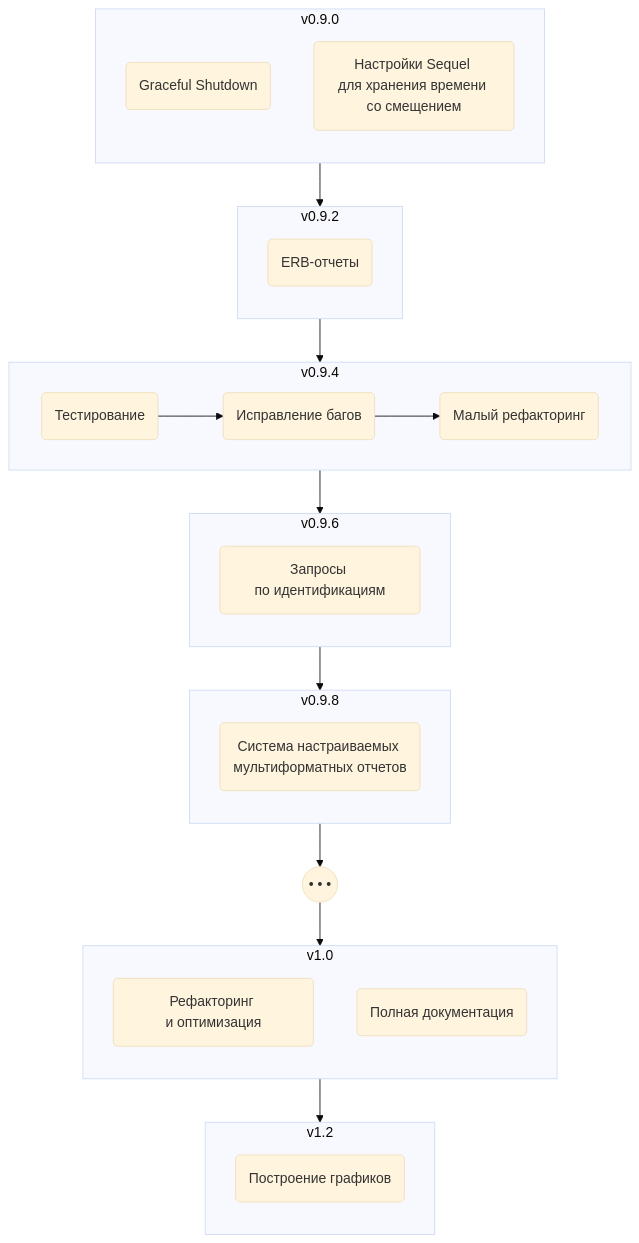
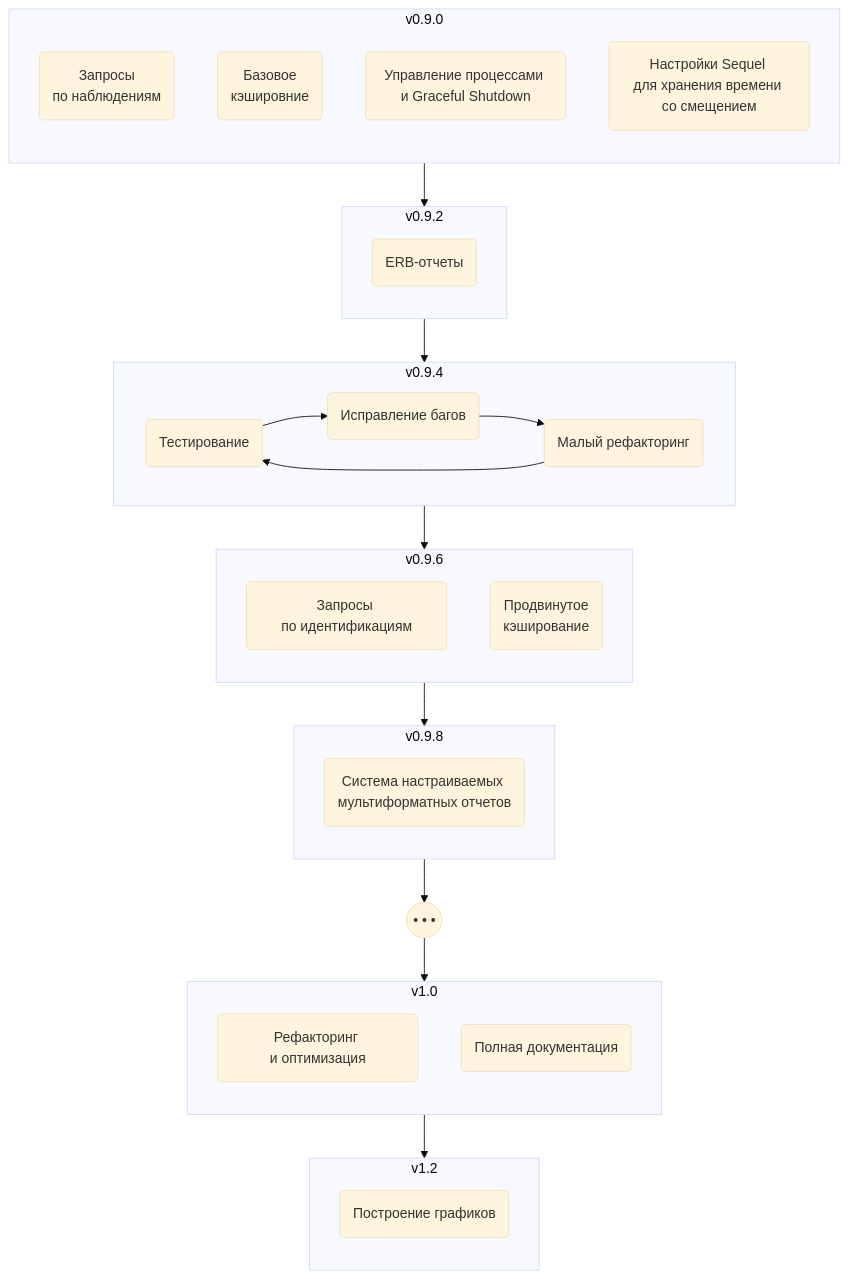
One commit to inat-get/inat-get changed the diagram in share/inat-get/docs/roadmap.md. Above: the diagram before and after it, drawn with Mermaid (base theme).

Commit message:
Чт 19 фев 2026 04:38:12 +05

````diff
--- a/share/inat-get/docs/roadmap.md
+++ b/share/inat-get/docs/roadmap.md
@@ -27,55 +27,59 @@
 ```mermaid
 flowchart TB
 
   subgraph R090 ["v0.9.0"]
     direction TB
-    Shutdown("Graceful Shutdown")
+    Observs("Запросы<br>по наблюдениям")
+    Caching("Базовое<br>кэшировние")
+    Shutdown("Управление процессами и Graceful Shutdown")
     Timing("Настройки Sequel для хранения времени со смещением")
   end
 
   subgraph R092 ["v0.9.2"]
     direction TB
     ERB("ERB-отчеты")
   end
 
   subgraph R094 ["v0.9.4"]
     direction LR
     Testing("Тестирование")
     Debugging("Исправление багов")
     Ref1("Малый рефакторинг")
   end
 
   subgraph R096 ["v0.9.6"]
     direction TB
     Idents("Запросы по идентификациям")
+    AdvCaching("Продвинутое<br>кэширование")
   end
 
   subgraph R098 ["v0.9.8"]
     direction TB
     Reporting("Система настраиваемых мультиформатных отчетов")
   end
 
   Smth(("• • •"))
 
   subgraph R100 ["v1.0"]
     direction TB
     Refactoring("Рефакторинг и оптимизация")
     Documenting("Полная документация")
   end
 
   subgraph R120 ["v1.2"]
     direction TB
     Graphics("Построение графиков")
   end
 
   R090 --> R092
   R092 --> R094
   R094 --> R096
   R096 --> R098
   R098 --> Smth
   Smth --> R100
   R100 --> R120
 
   Testing --> Debugging
   Debugging --> Ref1
+  Ref1 --> Testing
 ```
````
